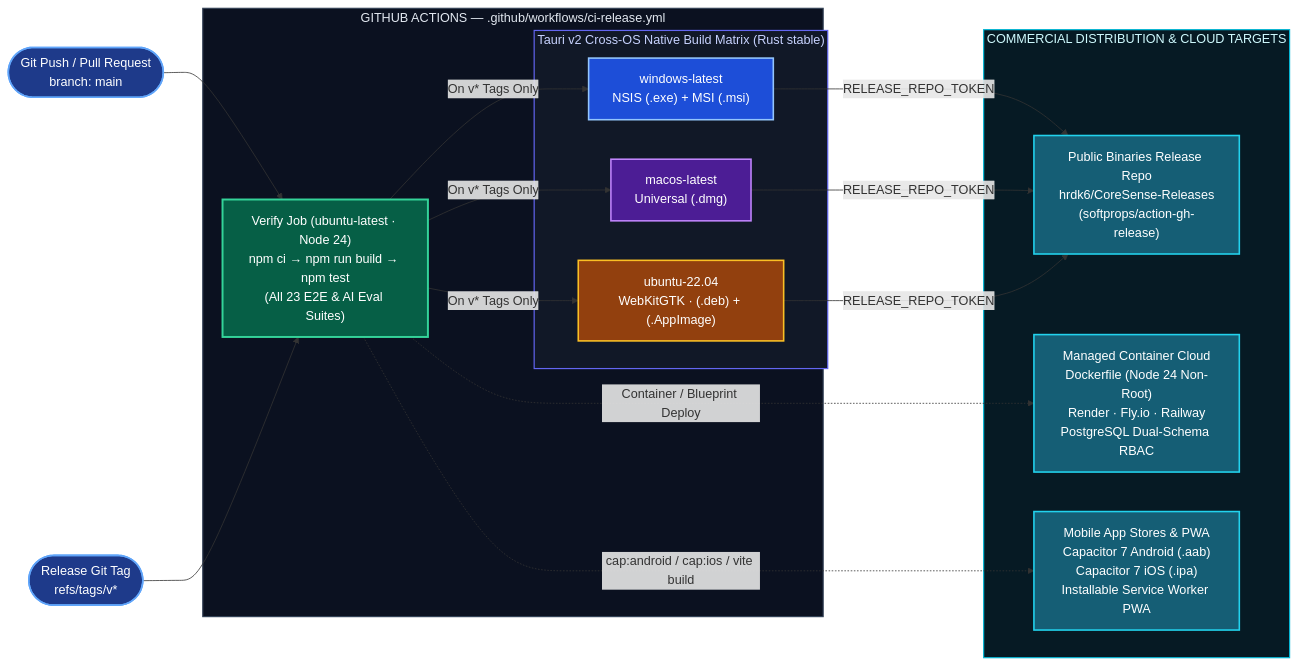
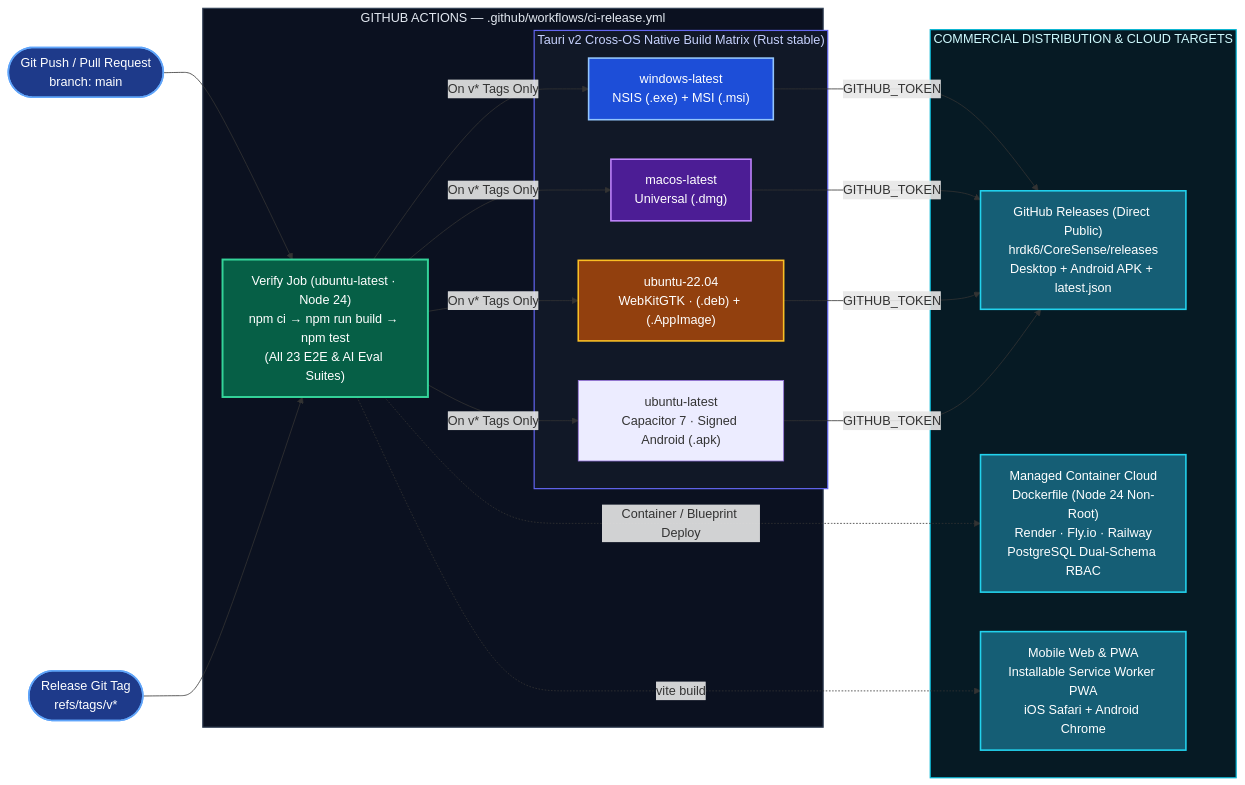
One commit to hrdk6/CoreSense changed the eighth of 8 diagrams in README.md. Above: the diagram before and after it, drawn with Mermaid. The commit also changed other lines of this file and 97 other files, not shown here.

Commit message:
feat(v1.3.0): add signed native Android APK build, direct GitHub Releases distribution & in-app update UX

````diff
--- a/README.md
+++ b/README.md
@@ -1188,52 +1205,55 @@
 ```mermaid
 flowchart LR
     PUSH(["Git Push / Pull Request<br/>branch: main"])
     TAG(["Release Git Tag<br/>refs/tags/v*"])
 
     subgraph CI["GITHUB ACTIONS — .github/workflows/ci-release.yml"]
         VERIFY["Verify Job (ubuntu-latest · Node 24)<br/>npm ci → npm run build → npm test<br/>(All 23 E2E &amp; AI Eval Suites)"]
 
         subgraph MATRIX["Tauri v2 Cross-OS Native Build Matrix (Rust stable)"]
             WIN["windows-latest<br/>NSIS (.exe) + MSI (.msi)"]
             MAC["macos-latest<br/>Universal (.dmg)"]
             LIN["ubuntu-22.04<br/>WebKitGTK · (.deb) + (.AppImage)"]
+            AND["ubuntu-latest<br/>Capacitor 7 · Signed Android (.apk)"]
         end
     end
 
     subgraph DIST["COMMERCIAL DISTRIBUTION & CLOUD TARGETS"]
-        REL_REPO["Public Binaries Release Repo<br/>hrdk6/CoreSense-Releases<br/>(softprops/action-gh-release)"]
+        REL_REPO["GitHub Releases (Direct Public)<br/>hrdk6/CoreSense/releases<br/>Desktop + Android APK + latest.json"]
         CLOUD["Managed Container Cloud<br/>Dockerfile (Node 24 Non-Root)<br/>Render · Fly.io · Railway<br/>PostgreSQL Dual-Schema RBAC"]
-        STORES["Mobile App Stores & PWA<br/>Capacitor 7 Android (.aab)<br/>Capacitor 7 iOS (.ipa)<br/>Installable Service Worker PWA"]
+        STORES["Mobile Web & PWA<br/>Installable Service Worker PWA<br/>iOS Safari + Android Chrome"]
     end
 
     PUSH --> VERIFY
     TAG --> VERIFY
     VERIFY -->|"On v* Tags Only"| WIN
     VERIFY -->|"On v* Tags Only"| MAC
     VERIFY -->|"On v* Tags Only"| LIN
+    VERIFY -->|"On v* Tags Only"| AND
 
-    WIN -->|"RELEASE_REPO_TOKEN"| REL_REPO
-    MAC -->|"RELEASE_REPO_TOKEN"| REL_REPO
-    LIN -->|"RELEASE_REPO_TOKEN"| REL_REPO
+    WIN -->|"GITHUB_TOKEN"| REL_REPO
+    MAC -->|"GITHUB_TOKEN"| REL_REPO
+    LIN -->|"GITHUB_TOKEN"| REL_REPO
+    AND -->|"GITHUB_TOKEN"| REL_REPO
 
     VERIFY -.->|"Container / Blueprint Deploy"| CLOUD
-    VERIFY -.->|"cap:android / cap:ios / vite build"| STORES
+    VERIFY -.->|"vite build"| STORES
 
     classDef trigger fill:#1e3a8a,stroke:#60a5fa,stroke-width:2px,color:#ffffff
     classDef verify fill:#065f46,stroke:#34d399,stroke-width:2.5px,color:#ffffff
     classDef osWin fill:#1d4ed8,stroke:#93c5fd,stroke-width:2px,color:#ffffff
     classDef osMac fill:#4c1d95,stroke:#c084fc,stroke-width:2px,color:#ffffff
     classDef osLin fill:#92400e,stroke:#fbbf24,stroke-width:2px,color:#ffffff
     classDef dist fill:#155e75,stroke:#22d3ee,stroke-width:2px,color:#ffffff
 
     class PUSH,TAG trigger
     class VERIFY verify
     class WIN osWin
     class MAC osMac
     class LIN osLin
     class REL_REPO,CLOUD,STORES dist
 
     style CI fill:#0b1120,stroke:#334155,stroke-width:1.5px,color:#e2e8f0
     style MATRIX fill:#111827,stroke:#6366f1,stroke-width:1.5px,color:#c7d2fe
     style DIST fill:#061a24,stroke:#06b6d4,stroke-width:1.5px,color:#cffafe
 ```
````
